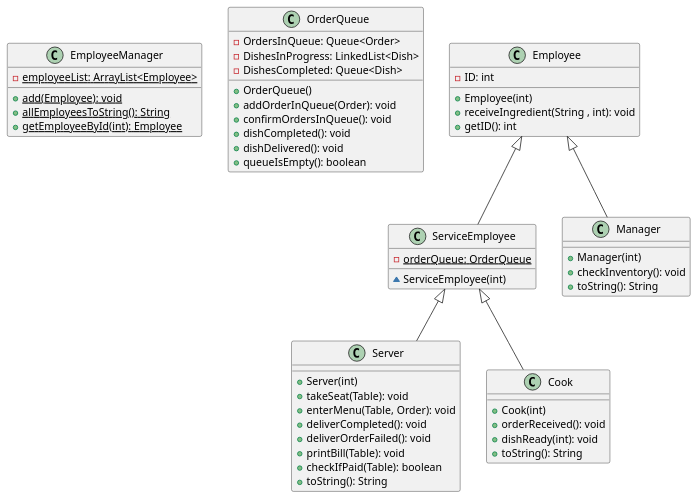
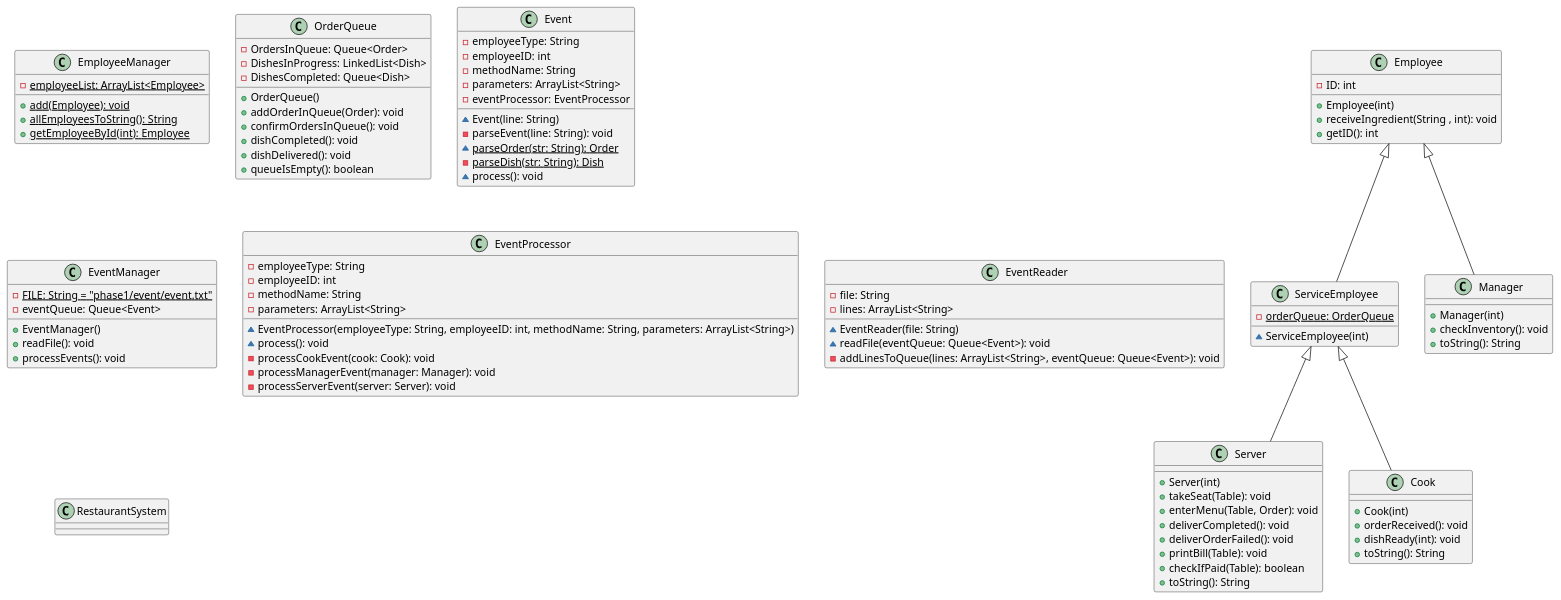
Before and after one commit to billangli/RestaurantSystem: the diagram in phase1/phase1uml.puml, drawn with PlantUML.

Commit message:
Updated uml diagram

```diff
--- a/phase1/phase1uml.puml
+++ b/phase1/phase1uml.puml
@@ -1,56 +1,101 @@
 @startuml
 class EmployeeManager{
 - {static} employeeList: ArrayList<Employee>
 + {static} add(Employee): void
 + {static} allEmployeesToString(): String
 + {static} getEmployeeById(int): Employee
 }
 class OrderQueue{
 - OrdersInQueue: Queue<Order>
 - DishesInProgress: LinkedList<Dish>
 - DishesCompleted: Queue<Dish>
 + OrderQueue()
 + addOrderInQueue(Order): void
 + confirmOrdersInQueue(): void
 + dishCompleted(): void
 + dishDelivered(): void
 + queueIsEmpty(): boolean
 }
 
 class Employee{
 - ID: int
 + Employee(int)
 + receiveIngredient(String , int): void
 + getID(): int
 }
 class ServiceEmployee {
 - {static} orderQueue: OrderQueue
 ~ ServiceEmployee(int)
 }
 class Server{
 + Server(int)
 + takeSeat(Table): void
 + enterMenu(Table, Order): void
 + deliverCompleted(): void
 + deliverOrderFailed(): void
 + printBill(Table): void
 + checkIfPaid(Table): boolean
 + toString(): String
 }
 class Cook{
 + Cook(int)
 + orderReceived(): void
 + dishReady(int): void
 + toString(): String
 }
 class Manager{
 + Manager(int)
 + checkInventory(): void
 + toString(): String
 }
 
 Employee <|-- ServiceEmployee
 ServiceEmployee <|-- Cook
 ServiceEmployee <|-- Server
 Employee <|-- Manager
+
+
+class Event{
+- employeeType: String
+- employeeID: int
+- methodName: String
+- parameters: ArrayList<String>
+- eventProcessor: EventProcessor
+~ Event(line: String)
+- parseEvent(line: String): void
+~ {static} parseOrder(str: String): Order
+- {static} parseDish(str: String): Dish
+~ process(): void
+}
+
+class EventManager{
+- {static} FILE: String = "phase1/event/event.txt"
+- eventQueue: Queue<Event>
++ EventManager()
++ readFile(): void
++ processEvents(): void
+}
+
+class EventProcessor{
+- employeeType: String
+- employeeID: int
+- methodName: String
+- parameters: ArrayList<String>
+~ EventProcessor(employeeType: String, employeeID: int, methodName: String, parameters: ArrayList<String>)
+~ process(): void
+- processCookEvent(cook: Cook): void
+- processManagerEvent(manager: Manager): void
+- processServerEvent(server: Server): void
+}
+
+class EventReader{
+- file: String
+- lines: ArrayList<String>
+~ EventReader(file: String)
+~ readFile(eventQueue: Queue<Event>): void
+- addLinesToQueue(lines: ArrayList<String>, eventQueue: Queue<Event>): void
+}
+
+class RestaurantSystem{
+}
 @enduml
```
